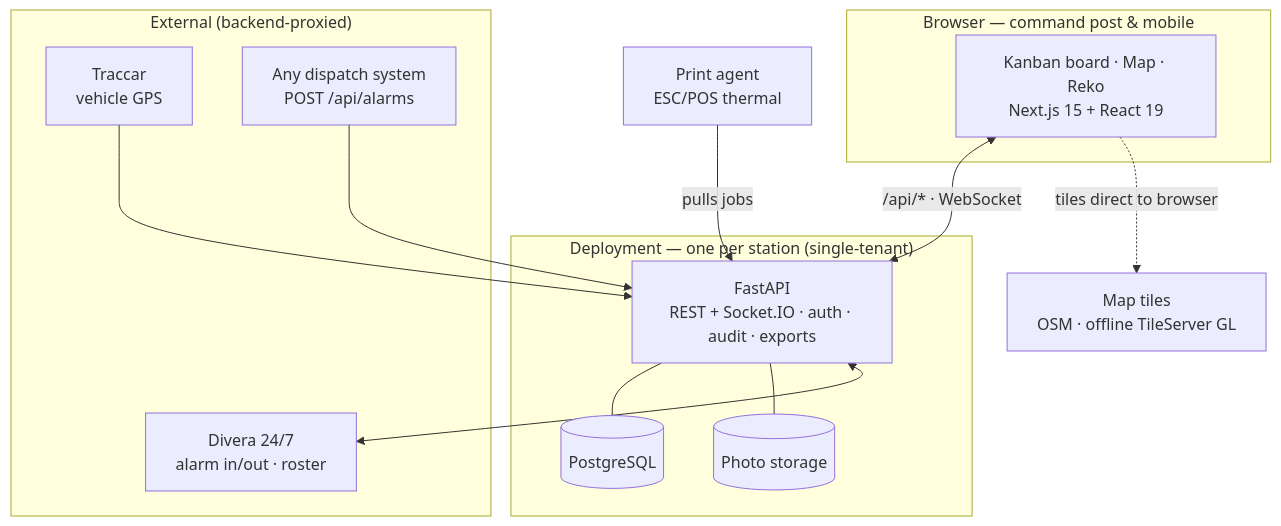
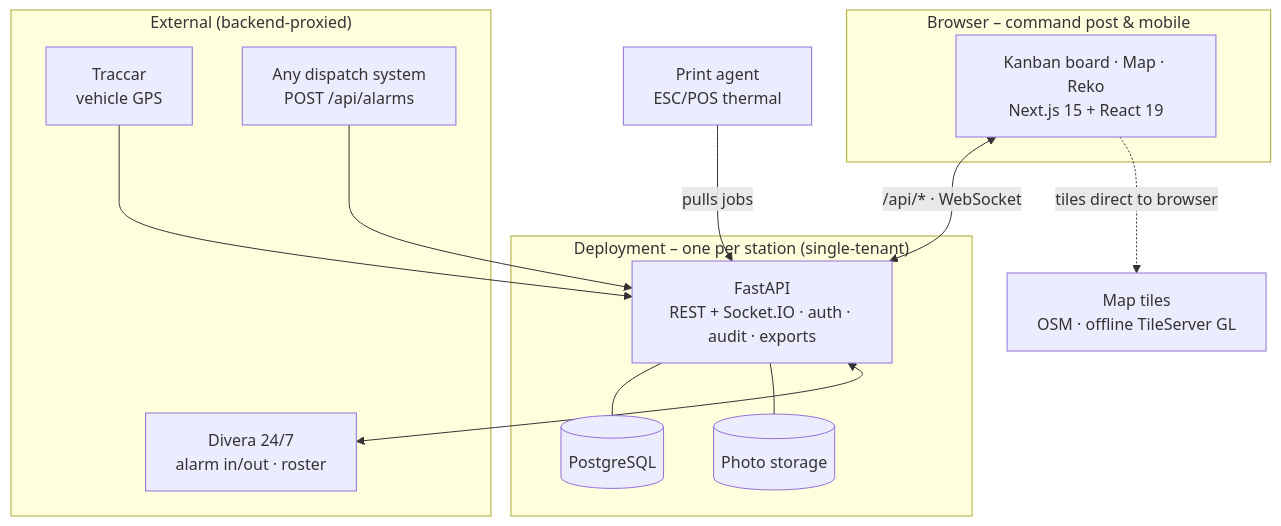
One commit to feuerwehr-oberwil/kp-rueck changed the diagram in README.md. Above: the diagram before and after it, drawn with Mermaid. The commit also changed other lines of this file and 109 other files, not shown here.

````diff
--- a/README.md
+++ b/README.md
@@ -105,26 +122,26 @@
 ```mermaid
 flowchart TB
-  subgraph CLIENT["Browser — command post & mobile"]
+  subgraph CLIENT["Browser – command post & mobile"]
     UI["Kanban board · Map · Reko<br/>Next.js 15 + React 19"]
   end
-  subgraph DEP["Deployment — one per station (single-tenant)"]
+  subgraph DEP["Deployment – one per station (single-tenant)"]
     API["FastAPI<br/>REST + Socket.IO · auth · audit · exports"]
     DB[("PostgreSQL")]
     FILES[("Photo storage")]
     API --- DB
     API --- FILES
   end
   subgraph EXT["External (backend-proxied)"]
     DIV["Divera 24/7<br/>alarm in/out · roster"]
     TRC["Traccar<br/>vehicle GPS"]
     HOOK["Any dispatch system<br/>POST /api/alarms"]
   end
   AGENT["Print agent<br/>ESC/POS thermal"]
   TILES["Map tiles<br/>OSM · offline TileServer GL"]
   UI <-->|"/api/* · WebSocket"| API
   API <--> DIV
   TRC --> API
   HOOK --> API
   AGENT -->|"pulls jobs"| API
   UI -. "tiles direct to browser" .-> TILES
 ```
````
